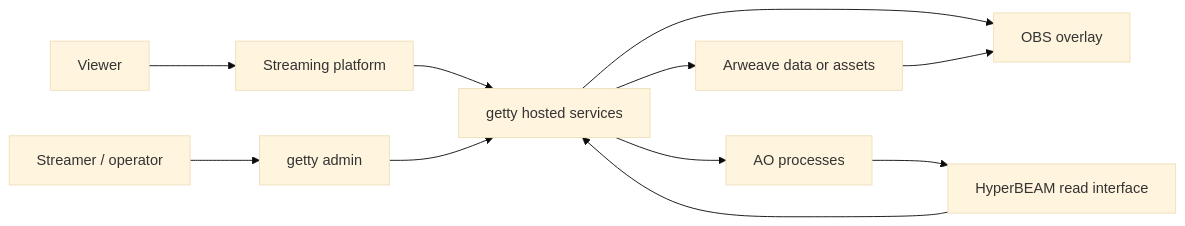
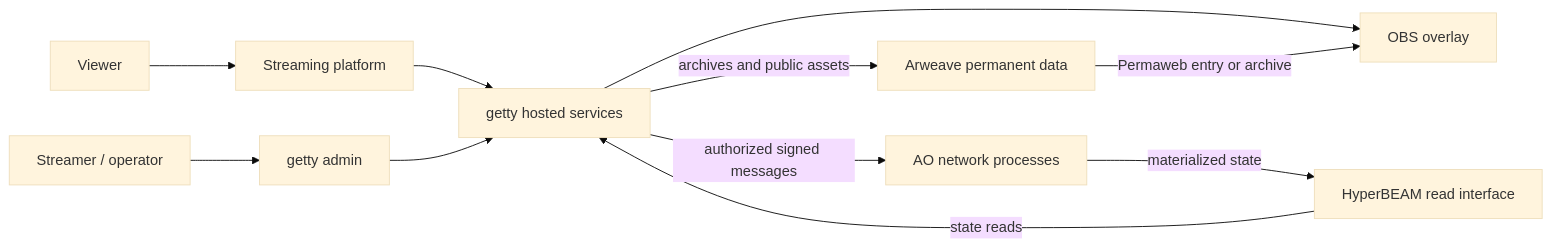
One commit to lambda-rnd/getty-docs changed the diagram in docs/architecture.md. Above: the diagram before and after it, drawn with Mermaid (base theme). The commit also changed other lines of this file and 1 other file, not shown here.

Commit message:
explain AO, Arweave, and HyperBEAM architecture (#2)

````diff
--- a/docs/architecture.md
+++ b/docs/architecture.md
@@ -7,13 +7,13 @@
 ```mermaid
 flowchart LR
     Operator[Streamer / operator] --> Admin[getty admin]
     Viewer[Viewer] --> Platform[Streaming platform]
     Platform --> Hosted[getty hosted services]
     Admin --> Hosted
     Hosted --> Overlay[OBS overlay]
-    Hosted --> Arweave[Arweave data or assets]
-    Hosted --> AO[AO processes]
-    AO --> HyperBEAM[HyperBEAM read interface]
-    Arweave --> Overlay
-    HyperBEAM --> Hosted
+    Hosted -- archives and public assets --> Arweave[Arweave permanent data]
+    Hosted -- authorized signed messages --> AO[AO network processes]
+    AO -- materialized state --> HyperBEAM[HyperBEAM read interface]
+    Arweave -- Permaweb entry or archive --> Overlay
+    HyperBEAM -- state reads --> Hosted
 ```
````
